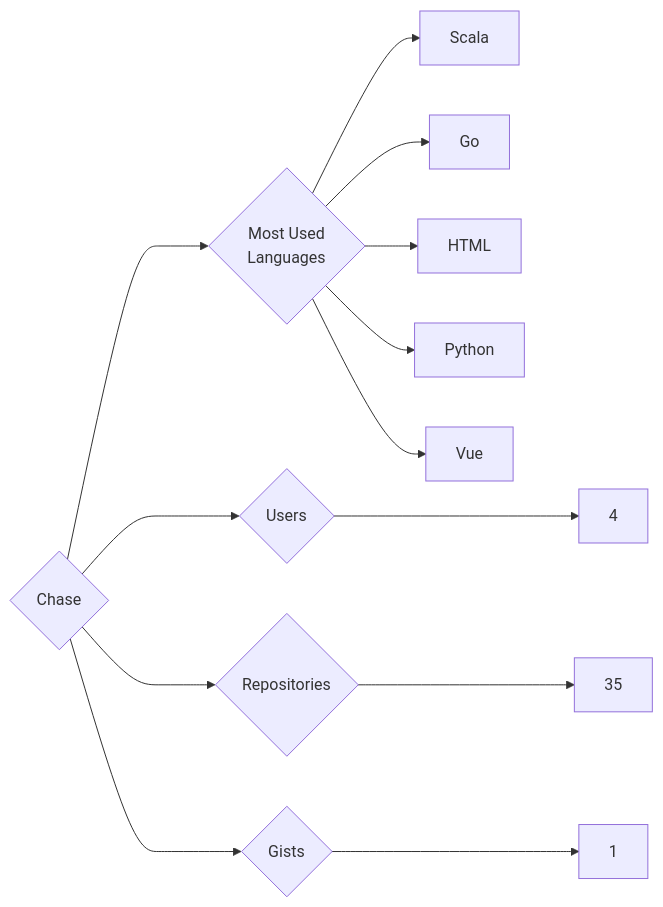
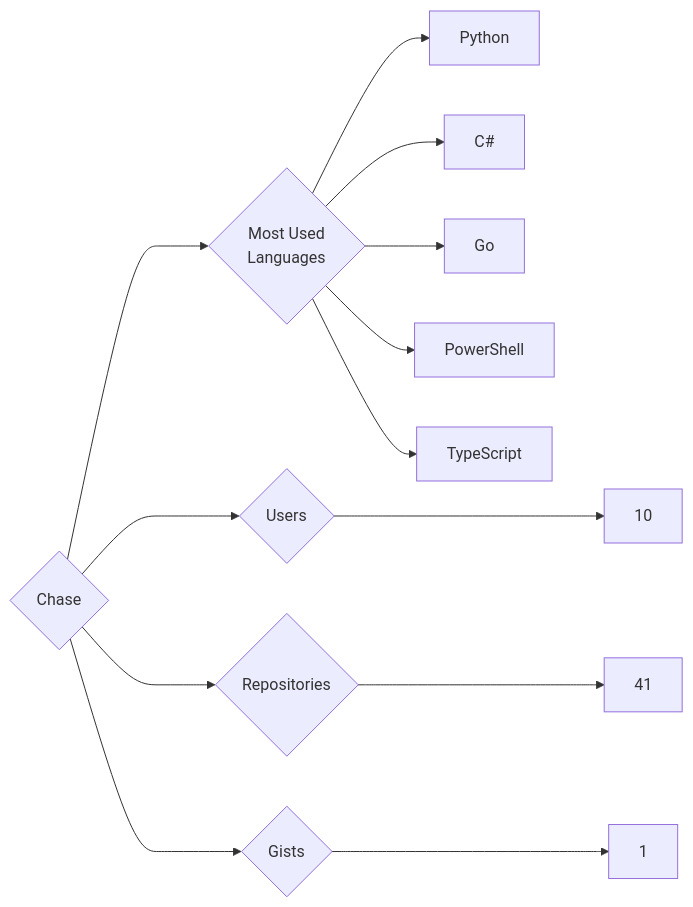
One commit to trickest/insiders changed the diagram in targets/Chase/README.md. Above: the diagram before and after it, drawn with Mermaid. The commit also changed 993 other files, not shown here.

````diff
--- a/targets/Chase/README.md
+++ b/targets/Chase/README.md
@@ -3,13 +3,13 @@
 ```mermaid
 graph LR
 COMPANY_NAME{Chase}
-COMPANY_NAME ---> U{Users} ---> UN[4]
-COMPANY_NAME ---> R{Repositories} ---> RN[35]
+COMPANY_NAME ---> U{Users} ---> UN[10]
+COMPANY_NAME ---> R{Repositories} ---> RN[41]
 COMPANY_NAME ---> G{Gists} ---> GN[1]
 COMPANY_NAME ---> ML{Most Used<br>Languages}
-ML --> Scala[Scala]
+ML --> Python[Python]
+ML --> C#[C#]
 ML --> Go[Go]
-ML --> HTML[HTML]
-ML --> Python[Python]
-ML --> Vue[Vue]
+ML --> PowerShell[PowerShell]
+ML --> TypeScript[TypeScript]
 ```
````
